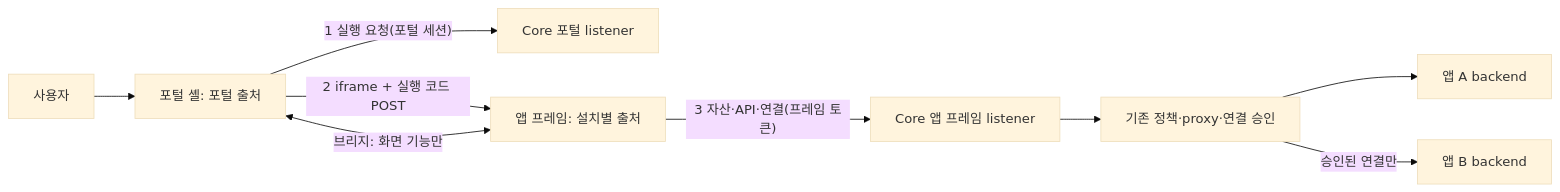
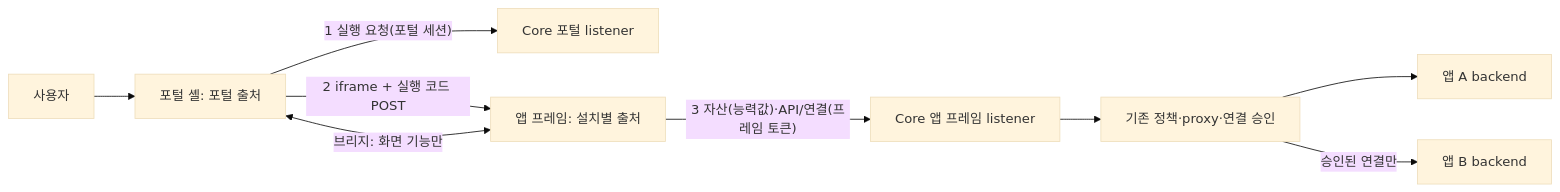
The diagram in docs/APP-FRAMES.md (hurxxxx/miy-v2), drawn with Mermaid (base theme) before and after one commit. The commit also changed other lines of this file and 1 other file, not shown here.

````diff
--- a/docs/APP-FRAMES.md
+++ b/docs/APP-FRAMES.md
@@ -41,11 +41,11 @@
 ```mermaid
 flowchart LR
   U[사용자] --> P[포털 셸: 포털 출처]
   P -- "1 실행 요청(포털 세션)" --> C[Core 포털 listener]
   P -- "2 iframe + 실행 코드 POST" --> F[앱 프레임: 설치별 출처]
   P <-- "브리지: 화면 기능만" --> F
-  F -- "3 자산·API·연결(프레임 토큰)" --> CF[Core 앱 프레임 listener]
+  F -- "3 자산(능력값)·API/연결(프레임 토큰)" --> CF[Core 앱 프레임 listener]
   CF --> G[기존 정책·proxy·연결 승인]
   G --> A[앱 A backend]
   G -- "승인된 연결만" --> B[앱 B backend]
 ```
````
